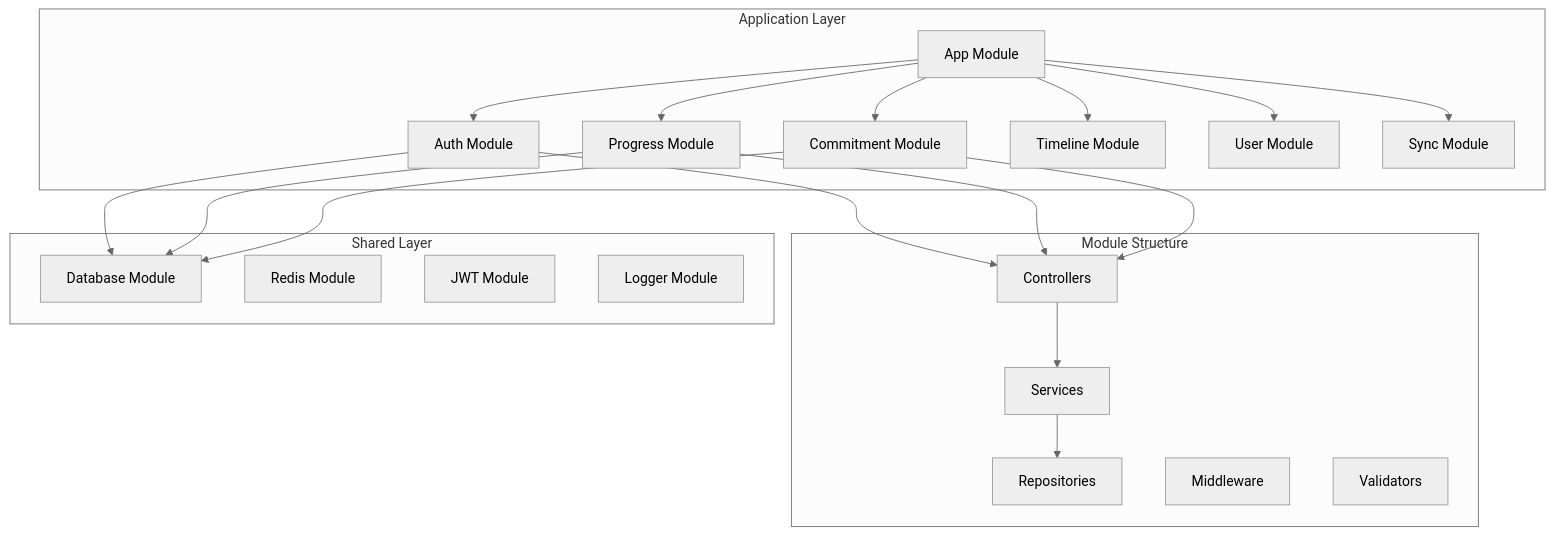
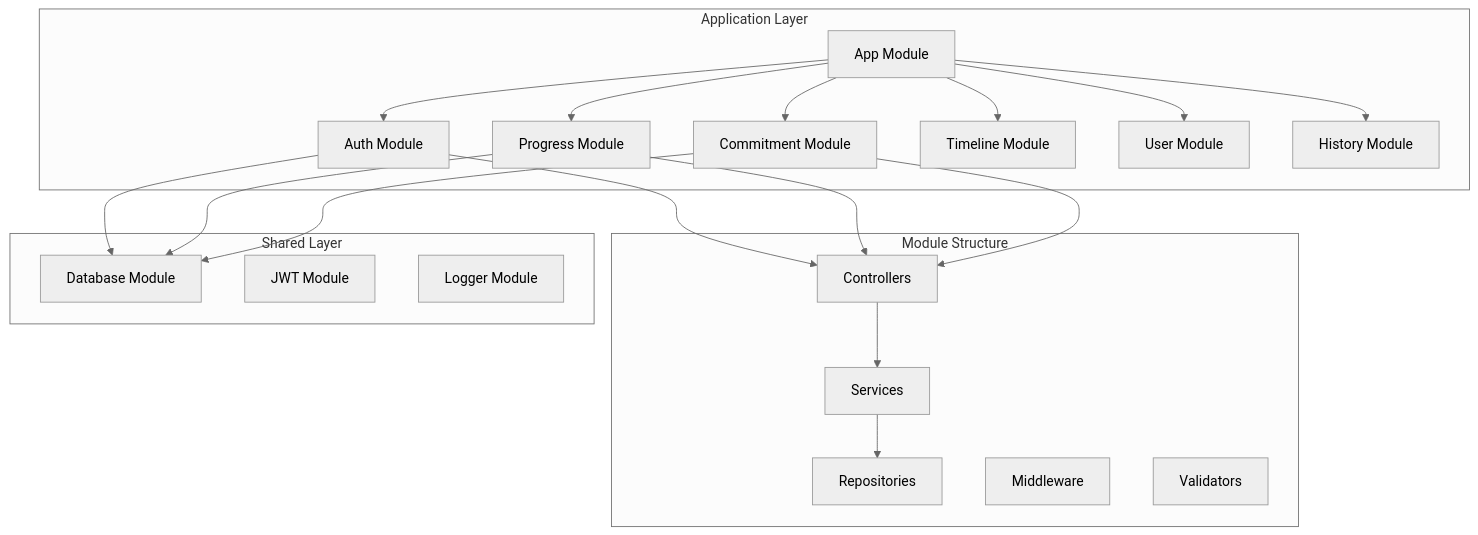
Before and after one commit to bawas07/daily-progress-dashboard: the first of 3 diagrams in docs/specs/daily-progress-phase1/design.md, drawn with Mermaid (neutral theme). The commit also changed other lines of this file and 2 other files, not shown here.

Commit message:
feat: update design and requirements documents to reflect changes in architecture and remove sync queue references

````diff
--- a/docs/specs/daily-progress-phase1/design.md
+++ b/docs/specs/daily-progress-phase1/design.md
@@ -37,45 +37,44 @@
 ```mermaid
 graph TB
     subgraph "Application Layer"
         APP[App Module]
         AUTH[Auth Module]
         PROGRESS[Progress Module]
         COMMIT[Commitment Module]
         TIMELINE[Timeline Module]
         USER[User Module]
-        SYNC[Sync Module]
+        HISTORY[History Module]
     end
     
     subgraph "Module Structure"
         CONTROLLER[Controllers]
         SERVICE[Services]
         REPOSITORY[Repositories]
         MIDDLEWARE[Middleware]
         VALIDATOR[Validators]
     end
     
     subgraph "Shared Layer"
         DATABASE[Database Module]
-        REDIS_MOD[Redis Module]
         JWT_MOD[JWT Module]
         LOGGER[Logger Module]
     end
     
     APP --> AUTH
     APP --> PROGRESS
     APP --> COMMIT
     APP --> TIMELINE
     APP --> USER
-    APP --> SYNC
+    APP --> HISTORY
     
     AUTH --> CONTROLLER
     PROGRESS --> CONTROLLER
     COMMIT --> CONTROLLER
     
     CONTROLLER --> SERVICE
     SERVICE --> REPOSITORY
     
     AUTH --> DATABASE
     PROGRESS --> DATABASE
     COMMIT --> DATABASE
 ```
````
